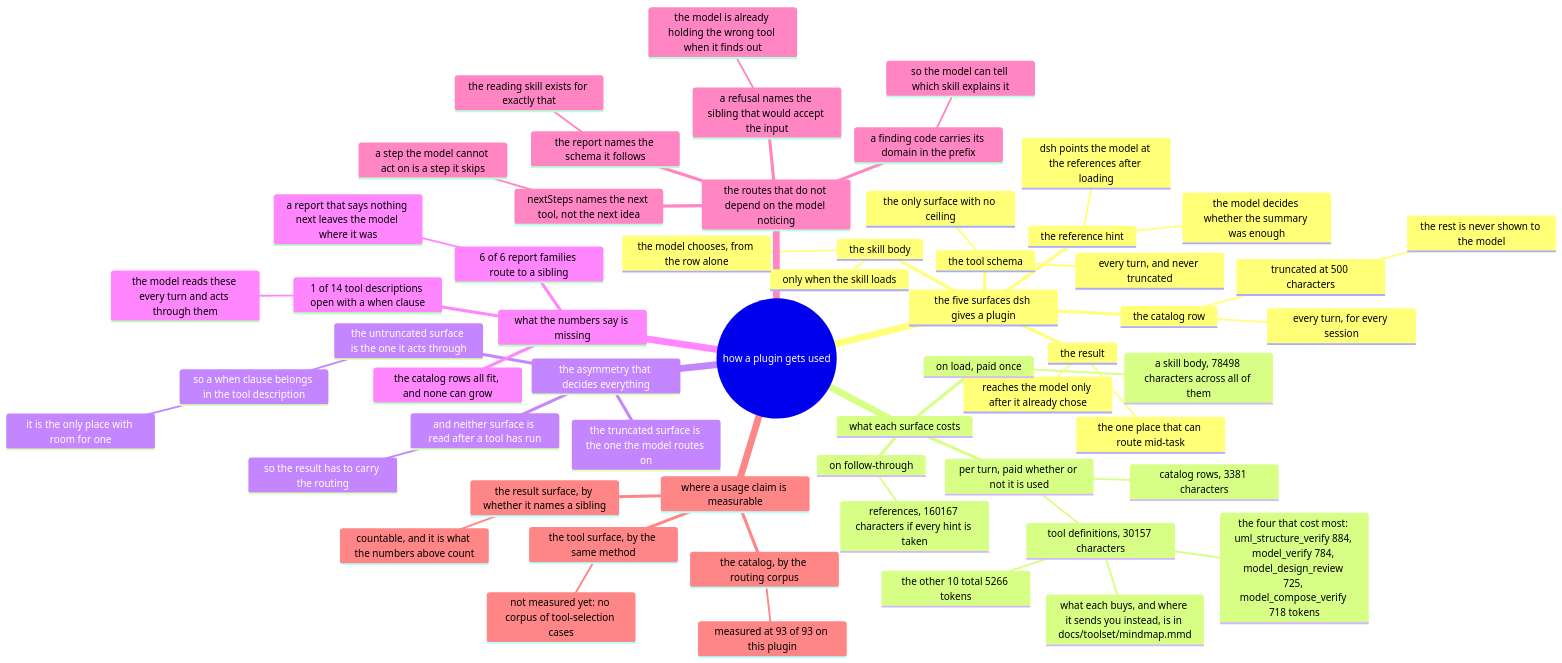
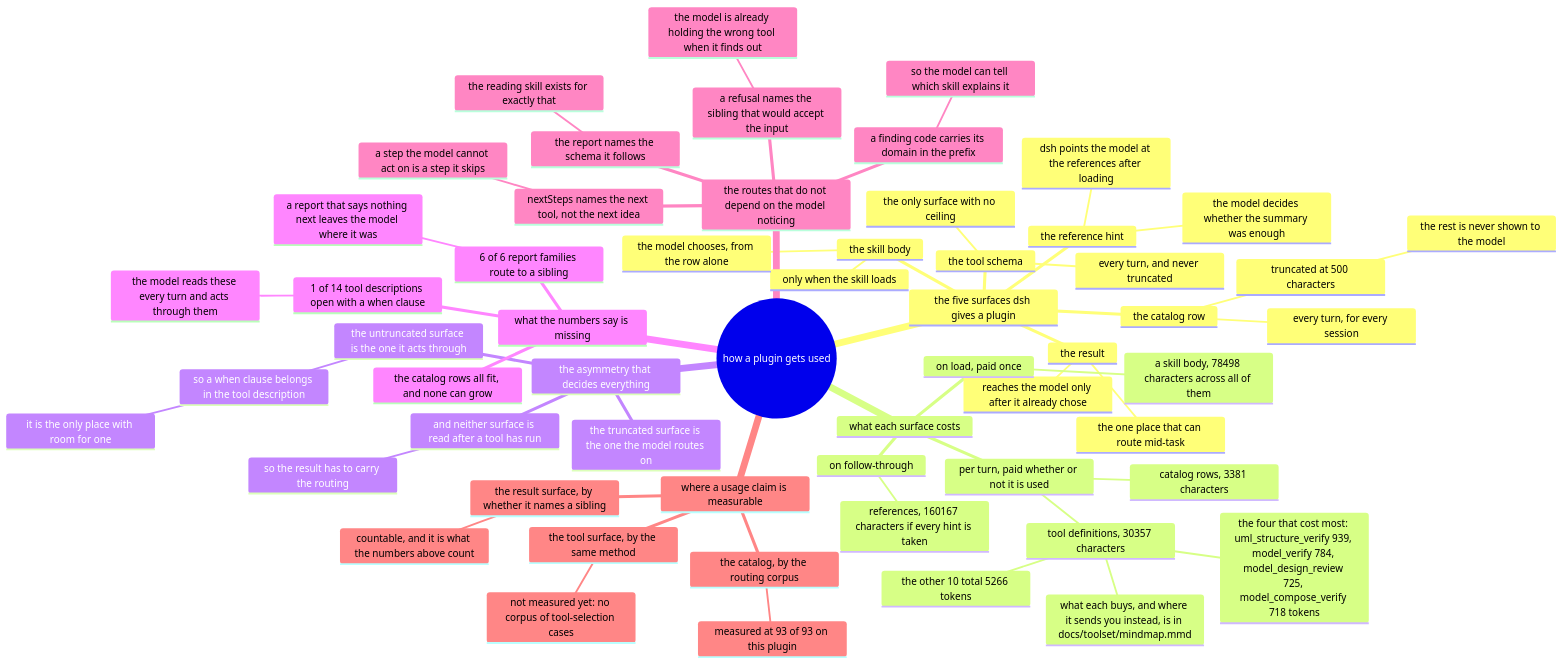
Before and after one commit to AmethystLuna/dsh-model-everything: the diagram in docs/usage/mindmap.mmd, drawn with Mermaid. The commit also changed 15 other files, not shown here.

```diff
--- a/docs/usage/mindmap.mmd
+++ b/docs/usage/mindmap.mmd
@@ -1,59 +1,59 @@
 mindmap
 root((how a plugin gets used))
   the five surfaces dsh gives a plugin
     the catalog row
       every turn, for every session
       truncated at 500 characters
         the rest is never shown to the model
     the skill body
       only when the skill loads
       the model chooses, from the row alone
     the reference hint
       dsh points the model at the references after loading
       the model decides whether the summary was enough
     the tool schema
       every turn, and never truncated
       the only surface with no ceiling
     the result
       reaches the model only after it already chose
       the one place that can route mid-task
   what each surface costs
     per turn, paid whether or not it is used
       catalog rows, 3381 characters
-      tool definitions, 30157 characters
-        the four that cost most: uml_structure_verify 884, model_verify 784, model_design_review 725, model_compose_verify 718 tokens
+      tool definitions, 30357 characters
+        the four that cost most: uml_structure_verify 939, model_verify 784, model_design_review 725, model_compose_verify 718 tokens
         the other 10 total 5266 tokens
         what each buys, and where it sends you instead, is in docs/toolset/mindmap.mmd
     on load, paid once
       a skill body, 78498 characters across all of them
     on follow-through
       references, 160167 characters if every hint is taken
   the asymmetry that decides everything
     the truncated surface is the one the model routes on
     the untruncated surface is the one it acts through
       so a when clause belongs in the tool description
         it is the only place with room for one
     and neither surface is read after a tool has run
       so the result has to carry the routing
   what the numbers say is missing
     1 of 14 tool descriptions open with a when clause
       the model reads these every turn and acts through them
     6 of 6 report families route to a sibling
       a report that says nothing next leaves the model where it was
     the catalog rows all fit, and none can grow
   the routes that do not depend on the model noticing
     a refusal names the sibling that would accept the input
       the model is already holding the wrong tool when it finds out
     nextSteps names the next tool, not the next idea
       a step the model cannot act on is a step it skips
     a finding code carries its domain in the prefix
       so the model can tell which skill explains it
     the report names the schema it follows
       the reading skill exists for exactly that
   where a usage claim is measurable
     the catalog, by the routing corpus
       measured at 93 of 93 on this plugin
     the tool surface, by the same method
       not measured yet: no corpus of tool-selection cases
     the result surface, by whether it names a sibling
       countable, and it is what the numbers above count
```
